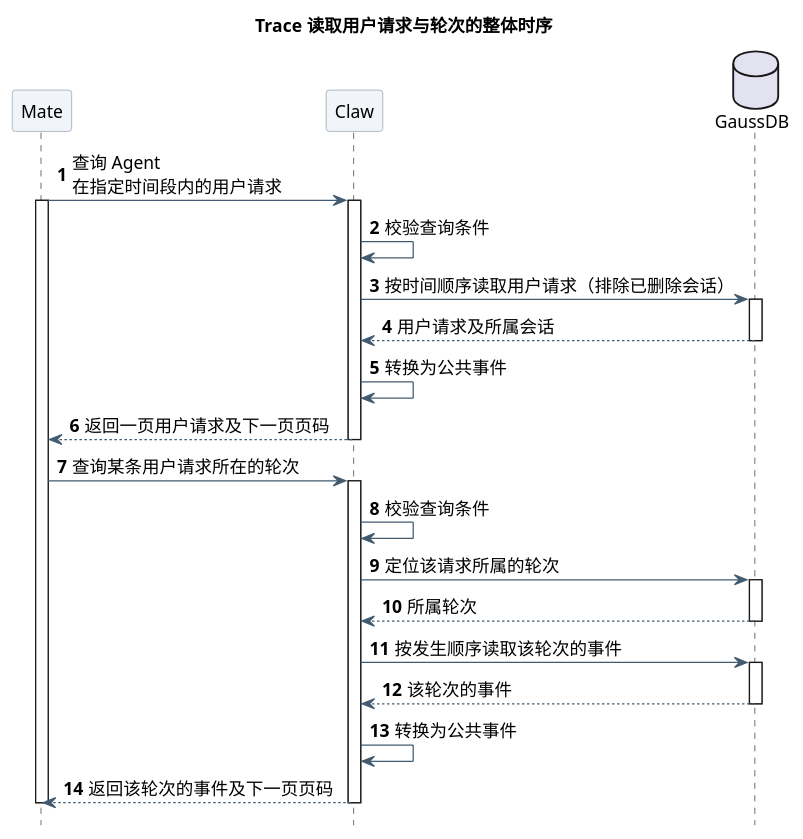
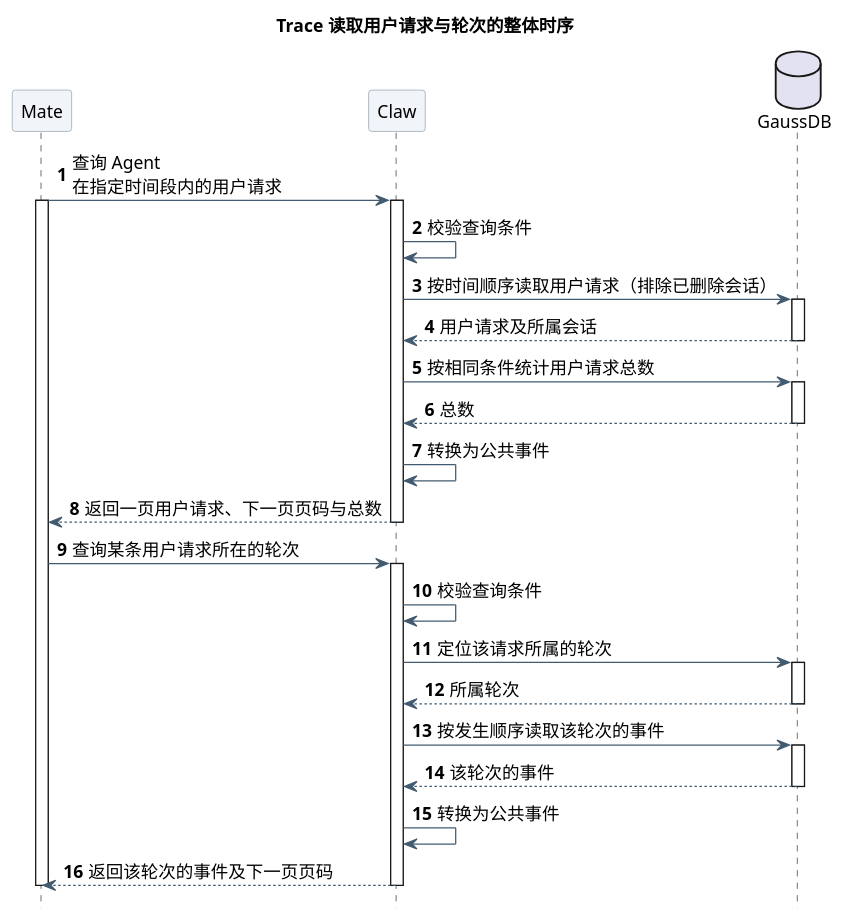
One commit to ssm0808/pi-mono-java-design changed the first of 3 diagrams in 01-总体架构/01-CampusClaw多Agent运行时/设计图/Agent用户事件查询/diagram.puml. Above: the diagram before and after it, drawn with PlantUML. The commit also changed 8 other files, not shown here.

```diff
--- a/01-总体架构/01-CampusClaw多Agent运行时/设计图/Agent用户事件查询/diagram.puml
+++ b/01-总体架构/01-CampusClaw多Agent运行时/设计图/Agent用户事件查询/diagram.puml
@@ -1,52 +1,56 @@
 @startuml agent_user_events_overview
 ' 源码证据：pi-mono-java main 769e86592285f4a25b0febaf551eddea6bc7212c
 ' modules/coding-agent-cli/src/main/java/com/campusclaw/codingagent/runtimeapi/
 ' web/RuntimeEventController.java:list
 ' event/CommittedEventQueryService.java:list,pageOf
 ' event/CommittedEventProjection.java:project
 ' persistence/MyBatisRuntimeExecutionControlRepository.java:linkCommittedEvent
 ' 已观察行为：事件只能按单个 Session 读取；轮次以根执行和结果段关联的形式存在。
 ' 设计原因：服务级视图，只画 Mate、Claw 与 GaussDB 之间的交互；Claw 内部分层见详细时序与类图。
 ' 待实现：两个读取接口，以及 t_sessions(agent_id) 与只覆盖 user.message 的事件部分索引。
 skinparam backgroundColor white
 skinparam defaultFontName SansSerif
 skinparam defaultFontSize 14
 skinparam shadowing false
 skinparam ArrowColor #425B70
 skinparam sequenceParticipantBackgroundColor #F1F5F9
 skinparam sequenceParticipantBorderColor #8496A4
 skinparam sequenceMessageAlign left
 skinparam maxMessageSize 190
 hide footbox
 autonumber
 title Trace 读取用户请求与轮次的整体时序
 participant "Mate" as Mate
 participant "Claw" as Claw
 database "GaussDB" as DB
 Mate -> Claw : 查询 Agent 在指定时间段内的用户请求
 activate Mate
 activate Claw
 Claw -> Claw : 校验查询条件
 Claw -> DB : 按时间顺序读取用户请求（排除已删除会话）
 activate DB
 DB --> Claw : 用户请求及所属会话
 deactivate DB
+Claw -> DB : 按相同条件统计用户请求总数
+activate DB
+DB --> Claw : 总数
+deactivate DB
 Claw -> Claw : 转换为公共事件
-Claw --> Mate : 返回一页用户请求及下一页页码
+Claw --> Mate : 返回一页用户请求、下一页页码与总数
 deactivate Claw
 Mate -> Claw : 查询某条用户请求所在的轮次
 activate Claw
 Claw -> Claw : 校验查询条件
 Claw -> DB : 定位该请求所属的轮次
 activate DB
 DB --> Claw : 所属轮次
 deactivate DB
 Claw -> DB : 按发生顺序读取该轮次的事件
 activate DB
 DB --> Claw : 该轮次的事件
 deactivate DB
 Claw -> Claw : 转换为公共事件
 Claw --> Mate : 返回该轮次的事件及下一页页码
 deactivate Claw
 deactivate Mate
 @enduml
```
